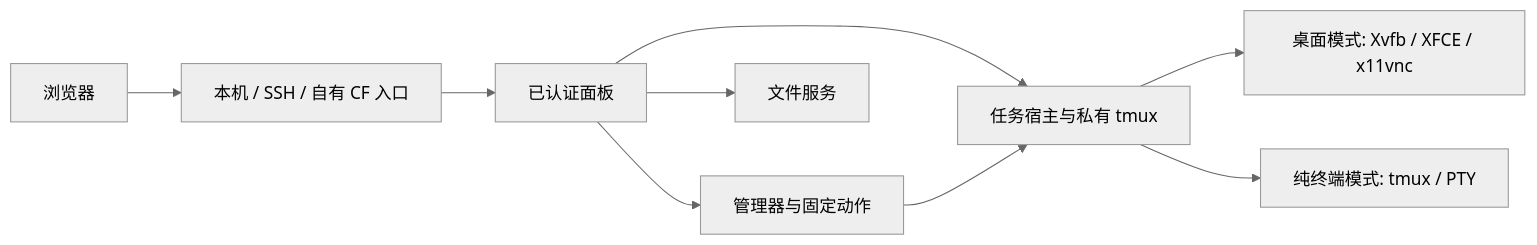
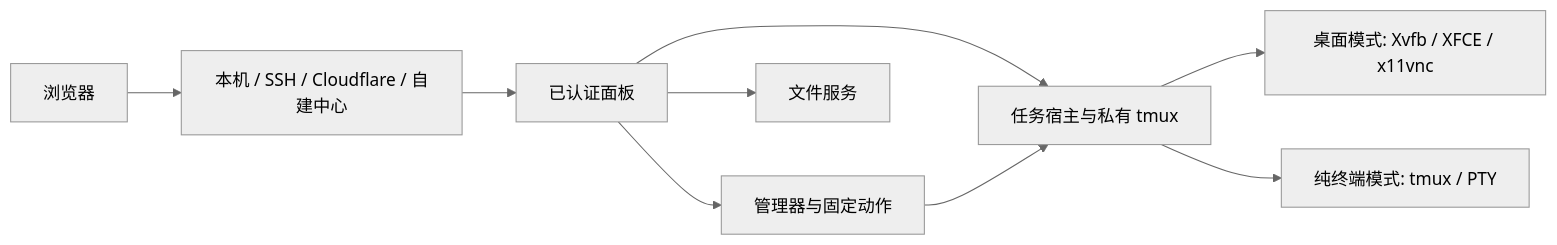
One commit to ptpt52/codex-on-cloud changed the diagram in docs/architecture.md. Above: the diagram before and after it, drawn with Mermaid (neutral theme). The commit also changed other lines of this file and 27 other files, not shown here.

````diff
--- a/docs/architecture.md
+++ b/docs/architecture.md
@@ -7,11 +7,11 @@
 ```mermaid
 flowchart LR
-    B[浏览器] --> E[本机 / SSH / 自有 CF 入口]
+    B[浏览器] --> E[本机 / SSH / Cloudflare / 自建中心]
     E --> P[已认证面板]
     P --> M[管理器与固定动作]
     P --> F[文件服务]
     P --> H[任务宿主与私有 tmux]
     M --> H
     H --> D[桌面模式: Xvfb / XFCE / x11vnc]
     H --> T[纯终端模式: tmux / PTY]
 ```
````
